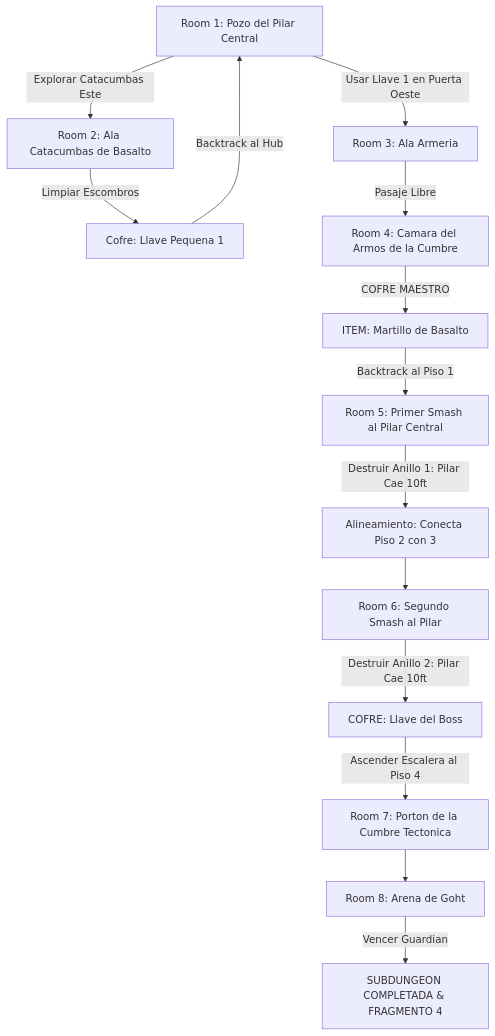
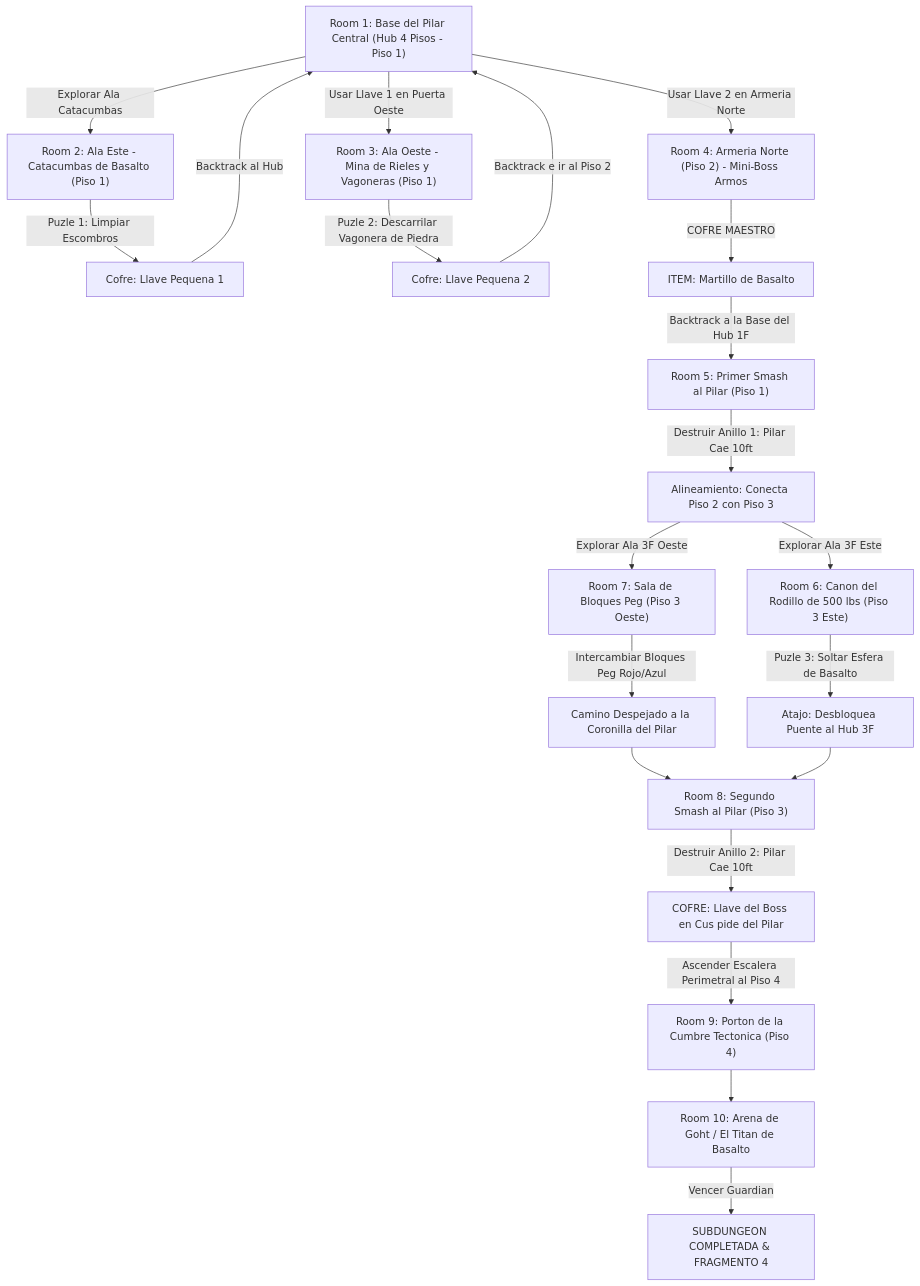
Before and after one commit to linkmati/ShivathLyss: the diagram in 7 - DM/OneShots/ARepeat/Subdungeons/04_Subdungeon_Tierra_Dominio.md, drawn with Mermaid. The commit also changed other lines of this file and 12 other files, not shown here.

Commit message:
Expand Subdungeons 4 and 6 into 10-room non-linear multi-key layouts

````diff
--- a/7 - DM/OneShots/ARepeat/Subdungeons/04_Subdungeon_Tierra_Dominio.md
+++ b/7 - DM/OneShots/ARepeat/Subdungeons/04_Subdungeon_Tierra_Dominio.md
@@ -14,19 +14,29 @@
 ```mermaid
 graph TD
-    S1["Room 1: Pozo del Pilar Central"] -->|Explorar Catacumbas Este| S2["Room 2: Ala Catacumbas de Basalto"]
-    S2 -->|Limpiar Escombros| S2_Key["Cofre: Llave Pequena 1"]
+    S1["Room 1: Base del Pilar Central (Hub 4 Pisos - Piso 1)"] -->|Explorar Ala Catacumbas| S2["Room 2: Ala Este - Catacumbas de Basalto (Piso 1)"]
+    S2 -->|Puzle 1: Limpiar Escombros| S2_Key["Cofre: Llave Pequena 1"]
     S2_Key -->|Backtrack al Hub| S1
     
-    S1 -->|Usar Llave 1 en Puerta Oeste| S3["Room 3: Ala Armeria"]
-    S3 -->|Pasaje Libre| S4["Room 4: Camara del Armos de la Cumbre"]
+    S1 -->|Usar Llave 1 en Puerta Oeste| S3["Room 3: Ala Oeste - Mina de Rieles y Vagoneras (Piso 1)"]
+    S3 -->|Puzle 2: Descarrilar Vagonera de Piedra| S3_Key["Cofre: Llave Pequena 2"]
+    S3_Key -->|Backtrack e ir al Piso 2| S1
+    
+    S1 -->|Usar Llave 2 en Armeria Norte| S4["Room 4: Armeria Norte (Piso 2) - Mini-Boss Armos"]
     S4 -->|COFRE MAESTRO| Item["ITEM: Martillo de Basalto"]
     
-    Item -->|Backtrack al Piso 1| S5["Room 5: Primer Smash al Pilar Central"]
-    S5 -->|Destruir Anillo 1: Pilar Cae 10ft| S5_Align["Alineamiento: Conecta Piso 2 con 3"]
-    S5_Align --> S6["Room 6: Segundo Smash al Pilar"]
-    S6 -->|Destruir Anillo 2: Pilar Cae 10ft| BossKey["COFRE: Llave del Boss"]
+    Item -->|Backtrack a la Base del Hub 1F| S5["Room 5: Primer Smash al Pilar (Piso 1)"]
+    S5 -->|Destruir Anillo 1: Pilar Cae 10ft| S5_Align["Alineamiento: Conecta Piso 2 con Piso 3"]
     
-    BossKey -->|Ascender Escalera al Piso 4| S7["Room 7: Porton de la Cumbre Tectonica"]
-    S7 --> S8["Room 8: Arena de Goht"]
-    S8 -->|Vencer Guardian| Win["SUBDUNGEON COMPLETADA & FRAGMENTO 4"]
+    S5_Align -->|Explorar Ala 3F Este| S6["Room 6: Canon del Rodillo de 500 lbs (Piso 3 Este)"]
+    S6 -->|Puzle 3: Soltar Esfera de Basalto| S6_Shortcut["Atajo: Desbloquea Puente al Hub 3F"]
+    
+    S5_Align -->|Explorar Ala 3F Oeste| S7["Room 7: Sala de Bloques Peg (Piso 3 Oeste)"]
+    S7 -->|Intercambiar Bloques Peg Rojo/Azul| S7_Align["Camino Despejado a la Coronilla del Pilar"]
+    
+    S7_Align & S6_Shortcut --> S8["Room 8: Segundo Smash al Pilar (Piso 3)"]
+    S8 -->|Destruir Anillo 2: Pilar Cae 10ft| BossKey["COFRE: Llave del Boss en Cus pide del Pilar"]
+    
+    BossKey -->|Ascender Escalera Perimetral al Piso 4| S9["Room 9: Porton de la Cumbre Tectonica (Piso 4)"]
+    S9 --> S10["Room 10: Arena de Goht / El Titan de Basalto"]
+    S10 -->|Vencer Guardian| Win["SUBDUNGEON COMPLETADA & FRAGMENTO 4"]
 ```
````
